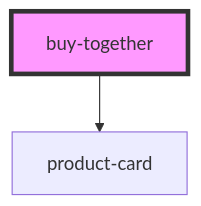
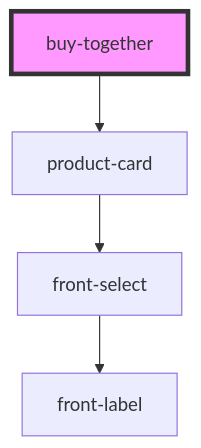
One commit to commerce-suite/storefront-components changed the diagram in src/components/buy-together/readme.md. Above: the diagram before and after it, drawn with Mermaid. The commit also changed 10 other files, not shown here.

Commit message:
feat(product): variacoes adicionado como select em product-card

````diff
--- a/src/components/buy-together/readme.md
+++ b/src/components/buy-together/readme.md
@@ -15,5 +15,7 @@
 ```mermaid
 graph TD;
   buy-together --> product-card
+  product-card --> front-select
+  front-select --> front-label
   style buy-together fill:#f9f,stroke:#333,stroke-width:4px
 ```
````
